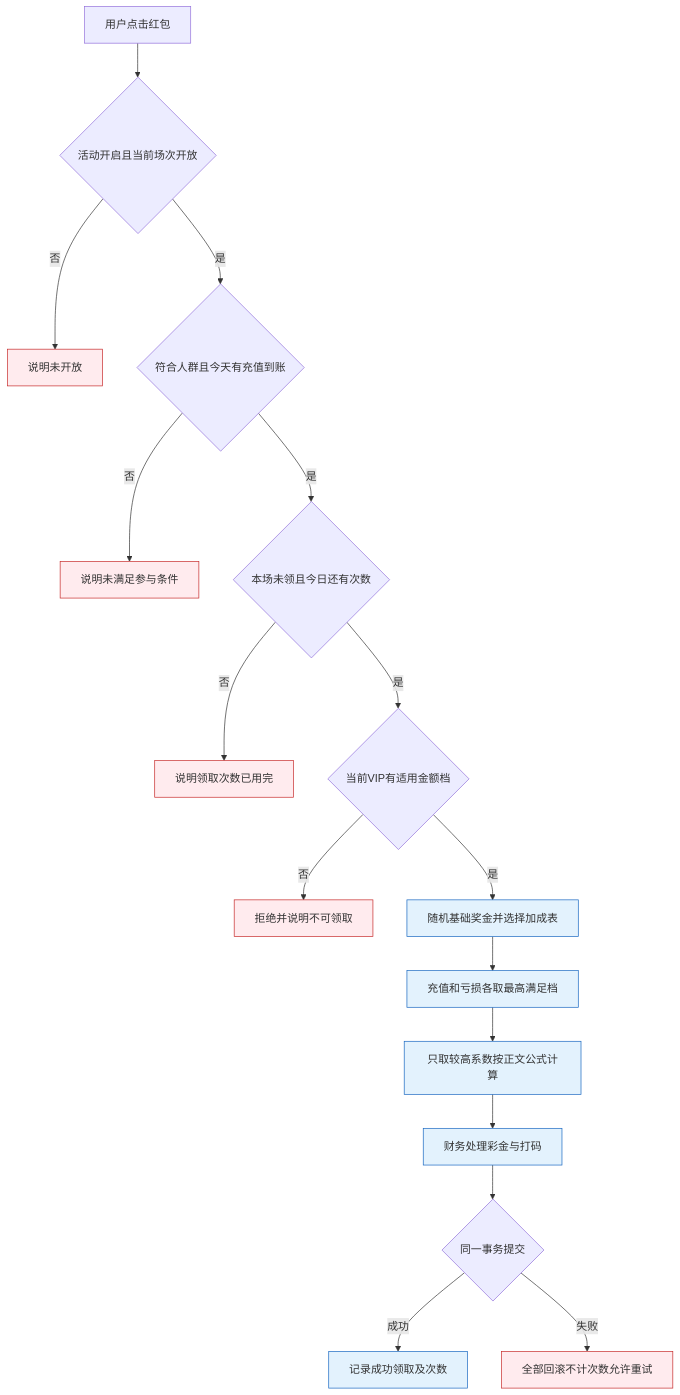
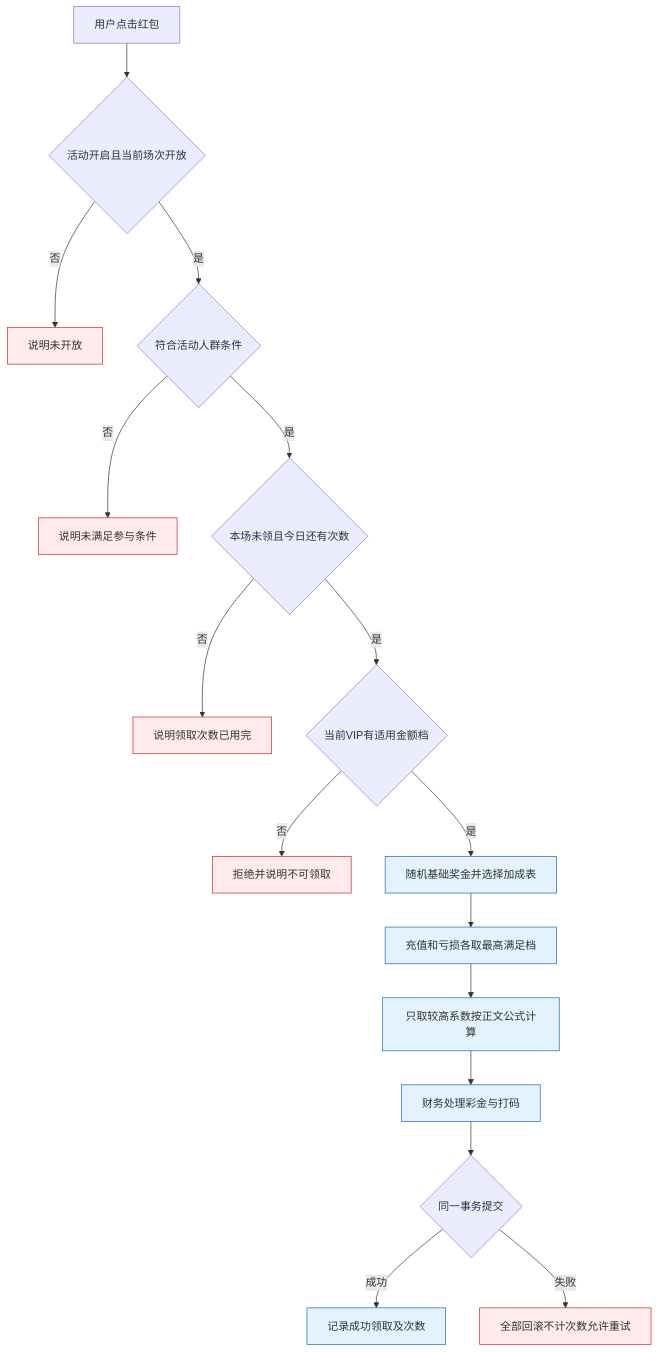
The diagram in M4-活动管理/4.2-红包雨/README.md (bingo-lab-1/bingo-figma), drawn with Mermaid before and after one commit. The commit also changed other lines of this file and 14 other files, not shown here.

````diff
--- a/M4-活动管理/4.2-红包雨/README.md
+++ b/M4-活动管理/4.2-红包雨/README.md
@@ -126,22 +144,22 @@
 ```mermaid
 flowchart TD
     A[用户点击红包] --> B{活动开启且当前场次开放}
     B -->|否| X[说明未开放]
-    B -->|是| C{符合人群且今天有充值到账}
+    B -->|是| C{符合活动人群条件}
     C -->|否| Y[说明未满足参与条件]
     C -->|是| D{本场未领且今日还有次数}
     D -->|否| Z[说明领取次数已用完]
     D -->|是| E{当前VIP有适用金额档}
     E -->|否| W[拒绝并说明不可领取]
     E -->|是| F[随机基础奖金并选择加成表]
     F --> G[充值和亏损各取最高满足档]
     G --> H[只取较高系数按正文公式计算]
     H --> I[财务处理彩金与打码]
     I --> J{同一事务提交}
     J -->|成功| K[记录成功领取及次数]
     J -->|失败| L[全部回滚不计次数允许重试]
     classDef normal fill:#E3F2FD,stroke:#1565C0
     classDef stop fill:#FFEBEE,stroke:#C62828
     class F,G,H,I,K normal
     class X,Y,Z,W,L stop
 ```
````
